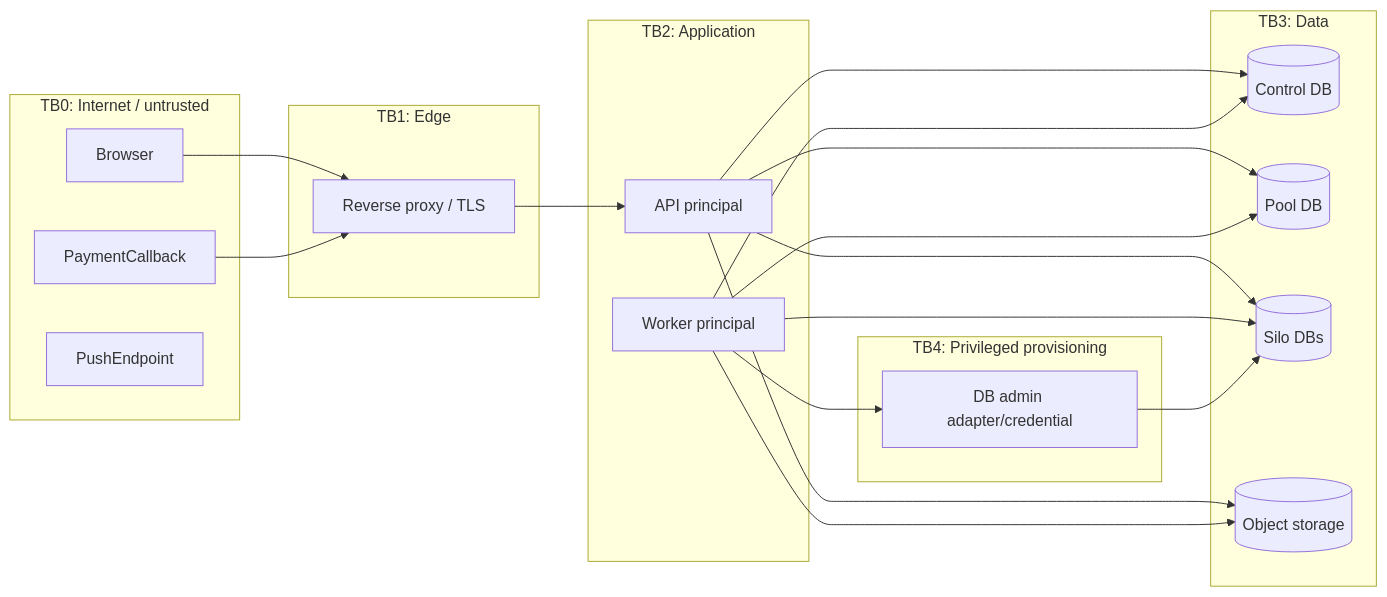
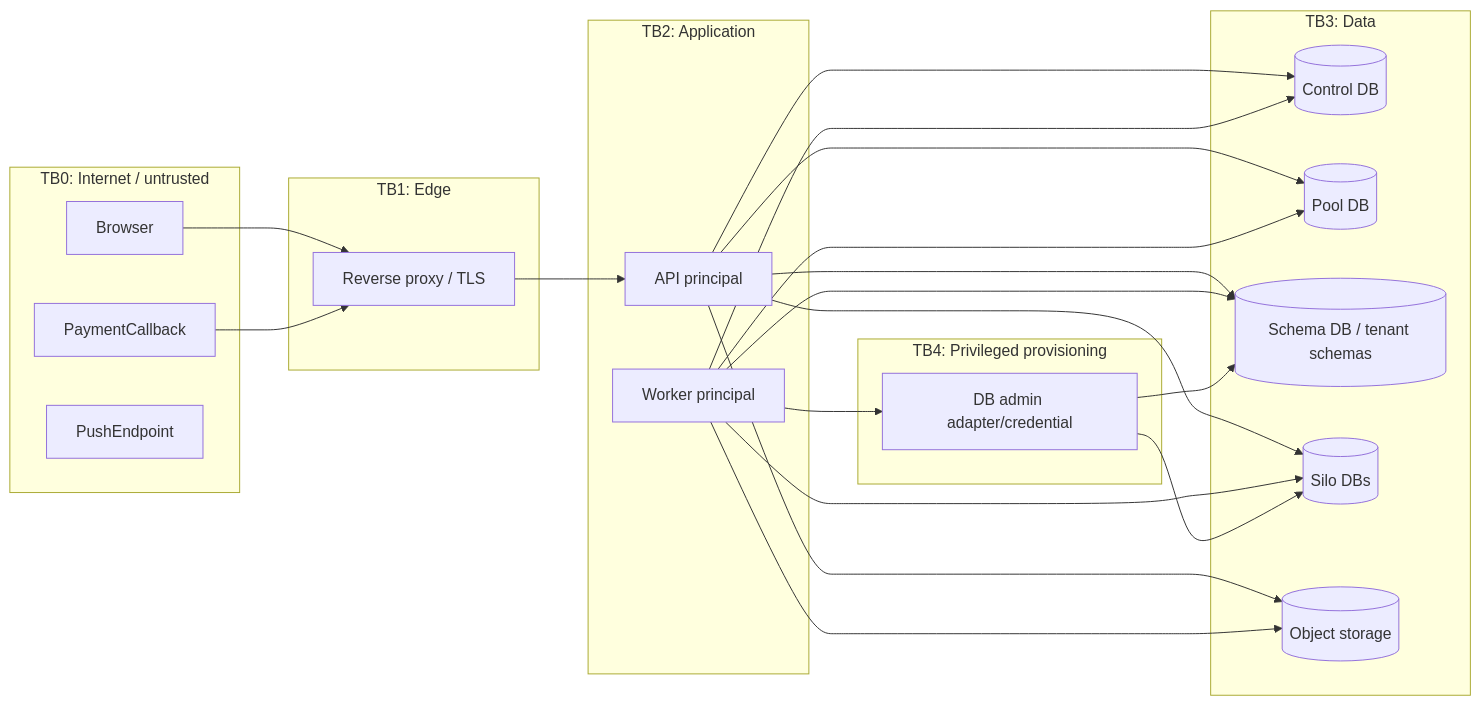
Before and after one commit to ngthtrong/NCKH-1: the diagram in docs/architecture/threat-model.md, drawn with Mermaid. The commit also changed other lines of this file and 95 other files, not shown here.

````diff
--- a/docs/architecture/threat-model.md
+++ b/docs/architecture/threat-model.md
@@ -19,36 +20,40 @@
 ```mermaid
 flowchart LR
     subgraph TB0["TB0: Internet / untrusted"]
       Browser
       PaymentCallback
       PushEndpoint
     end
     subgraph TB1["TB1: Edge"]
       Proxy["Reverse proxy / TLS"]
     end
     subgraph TB2["TB2: Application"]
       API["API principal"]
       Worker["Worker principal"]
     end
     subgraph TB3["TB3: Data"]
       Control[(Control DB)]
       Pool[(Pool DB)]
+      Schema[(Schema DB / tenant schemas)]
       Silo[(Silo DBs)]
       Storage[(Object storage)]
     end
     subgraph TB4["TB4: Privileged provisioning"]
       DBAdmin["DB admin adapter/credential"]
     end
 
     Browser --> Proxy --> API
     PaymentCallback --> Proxy
     API --> Control
     API --> Pool
+    API --> Schema
     API --> Silo
     API --> Storage
     Worker --> Control
     Worker --> Pool
+    Worker --> Schema
     Worker --> Silo
     Worker --> Storage
-    Worker --> DBAdmin --> Silo
+    Worker --> DBAdmin --> Schema
+    DBAdmin --> Silo
 ```
````
